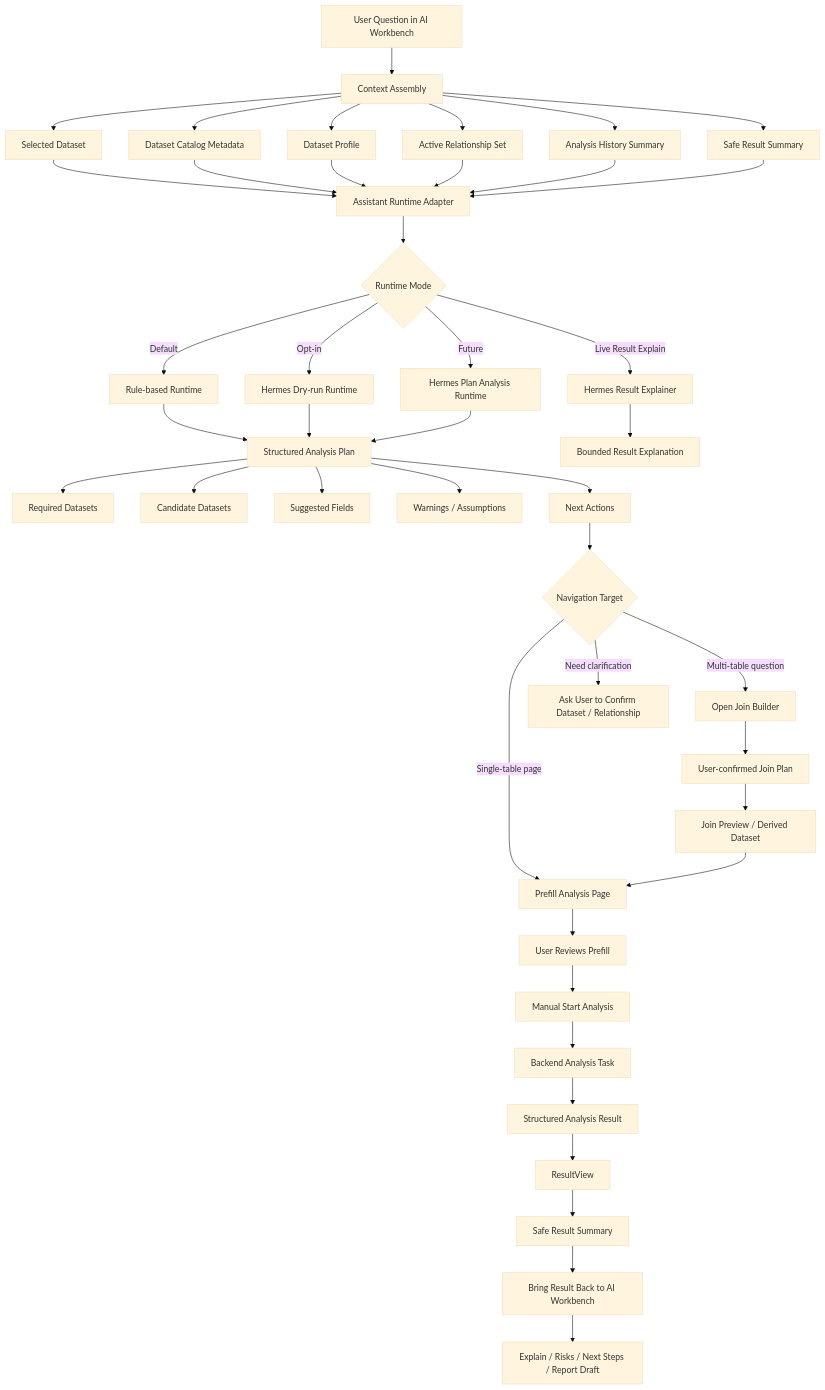
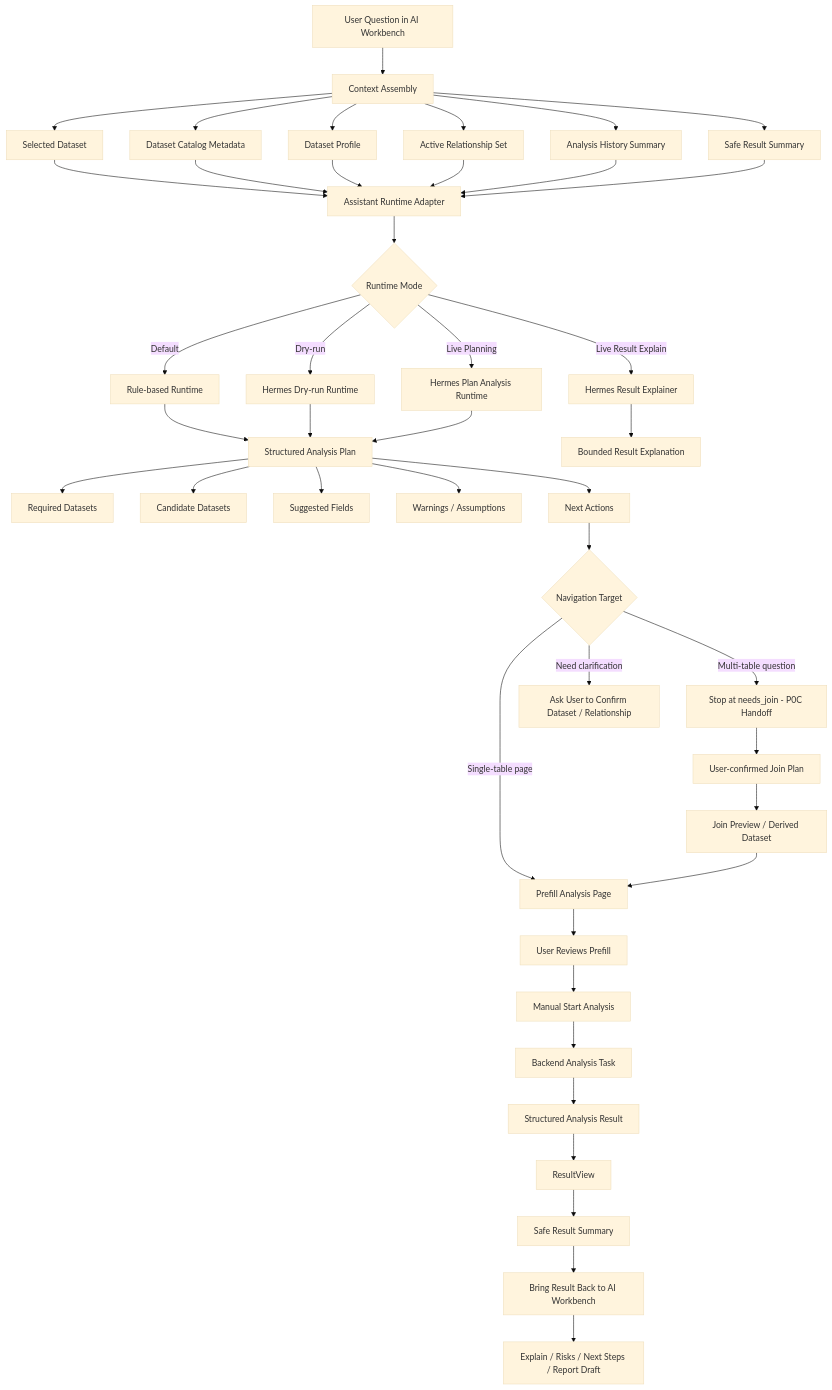
One commit to Luoqihui2002/InsightEase changed the third of 4 diagrams in README.md. Above: the diagram before and after it, drawn with Mermaid (base theme). The commit also changed other lines of this file and 32 other files, not shown here.

Commit message:
feat: add Hermes live analysis planning

````diff
--- a/README.md
+++ b/README.md
@@ -334,57 +338,57 @@
 ```mermaid
 flowchart TD
     A[User Question in AI Workbench] --> B[Context Assembly]
 
     B --> B1[Selected Dataset]
     B --> B2[Dataset Catalog Metadata]
     B --> B3[Dataset Profile]
     B --> B4[Active Relationship Set]
     B --> B5[Analysis History Summary]
     B --> B6[Safe Result Summary]
 
     B1 --> C[Assistant Runtime Adapter]
     B2 --> C
     B3 --> C
     B4 --> C
     B5 --> C
     B6 --> C
 
     C --> D{Runtime Mode}
 
     D -->|Default| E[Rule-based Runtime]
-    D -->|Opt-in| F[Hermes Dry-run Runtime]
+    D -->|Dry-run| F[Hermes Dry-run Runtime]
     D -->|Live Result Explain| G[Hermes Result Explainer]
-    D -->|Future| H[Hermes Plan Analysis Runtime]
+    D -->|Live Planning| H[Hermes Plan Analysis Runtime]
 
     E --> I[Structured Analysis Plan]
     F --> I
     H --> I
 
     G --> J[Bounded Result Explanation]
 
     I --> K[Required Datasets]
     I --> L[Candidate Datasets]
     I --> M[Suggested Fields]
     I --> N[Warnings / Assumptions]
     I --> O[Next Actions]
 
     O --> P{Navigation Target}
     P -->|Single-table page| Q[Prefill Analysis Page]
-    P -->|Multi-table question| R[Open Join Builder]
+    P -->|Multi-table question| R[Stop at needs_join - P0C Handoff]
     P -->|Need clarification| S[Ask User to Confirm Dataset / Relationship]
 
     Q --> T[User Reviews Prefill]
     T --> U[Manual Start Analysis]
 
     R --> V[User-confirmed Join Plan]
     V --> W[Join Preview / Derived Dataset]
     W --> Q
 
     U --> X[Backend Analysis Task]
     X --> Y[Structured Analysis Result]
     Y --> Z[ResultView]
 
     Z --> AA[Safe Result Summary]
     AA --> AB[Bring Result Back to AI Workbench]
     AB --> AC[Explain / Risks / Next Steps / Report Draft]
 ```
````
